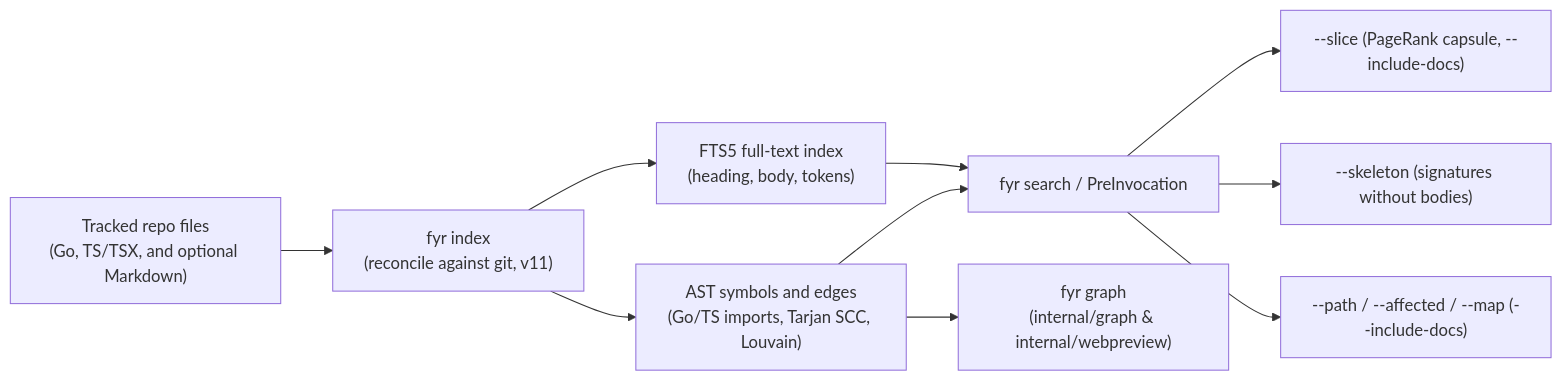
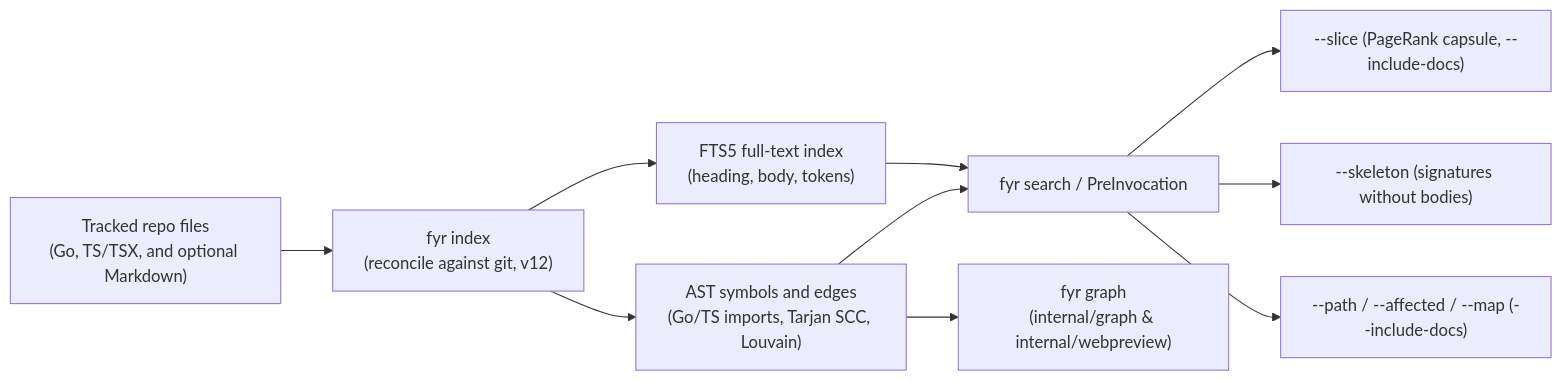
One commit to kesokaj/fyr changed the second of 7 diagrams in features/hooks-and-ast-graph.md. Above: the diagram before and after it, drawn with Mermaid. The commit also changed other lines of this file and 8 other files, not shown here.

````diff
--- a/features/hooks-and-ast-graph.md
+++ b/features/hooks-and-ast-graph.md
@@ -40,12 +40,12 @@
 ```mermaid
 flowchart LR
-    repoFiles["Tracked repo files\n(Go, TS/TSX, and optional Markdown)"] --> indexer["fyr index\n(reconcile against git, v11)"]
+    repoFiles["Tracked repo files\n(Go, TS/TSX, and optional Markdown)"] --> indexer["fyr index\n(reconcile against git, v12)"]
     indexer --> ftsIndex["FTS5 full-text index\n(heading, body, tokens)"]
     indexer --> astGraph["AST symbols and edges\n(Go/TS imports, Tarjan SCC, Louvain)"]
     ftsIndex --> queryEngine["fyr search / PreInvocation"]
     astGraph --> queryEngine
     astGraph --> graphCmd["fyr graph\n(internal/graph & internal/webpreview)"]
     queryEngine --> sliceOut["--slice (PageRank capsule, --include-docs)"]
     queryEngine --> skelOut["--skeleton (signatures without bodies)"]
     queryEngine --> pathOut["--path / --affected / --map (--include-docs)"]
 ```
````
